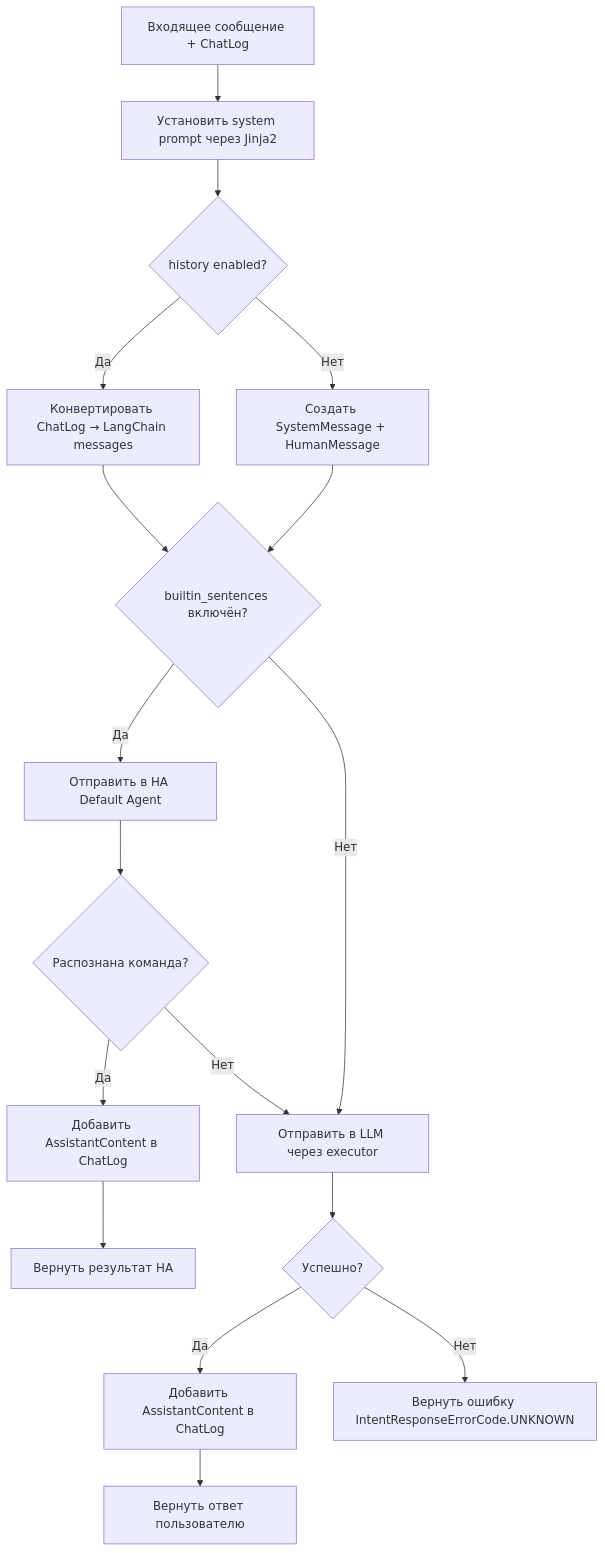
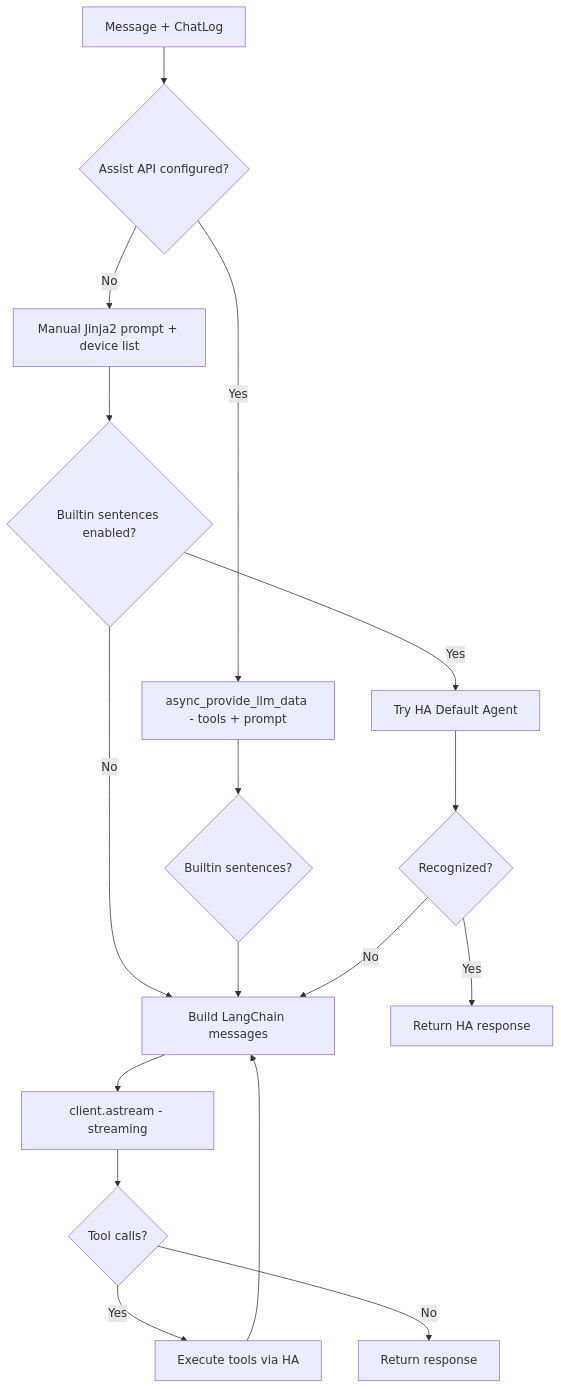
One commit to dzerik/ha-smartchain changed the third of 3 diagrams in docs/DOCUMENTATION.md. Above: the diagram before and after it, drawn with Mermaid. The commit also changed other lines of this file and 2 other files, not shown here.

First line of the commit message:
docs: update all documentation for SmartChain rename

````diff
--- a/docs/DOCUMENTATION.md
+++ b/docs/DOCUMENTATION.md
@@ -210,19 +122,19 @@
 ```mermaid
 flowchart TD
-    A[Входящее сообщение + ChatLog] --> B[Установить system prompt через Jinja2]
-    B --> C{history enabled?}
-    C -->|Да| D[Конвертировать ChatLog → LangChain messages]
-    C -->|Нет| E[Создать SystemMessage + HumanMessage]
-    D --> F{builtin_sentences включён?}
-    E --> F
-    F -->|Да| G[Отправить в HA Default Agent]
-    G --> H{Распознана команда?}
-    H -->|Да| I[Добавить AssistantContent в ChatLog]
-    I --> J[Вернуть результат HA]
-    H -->|Нет| K[Отправить в LLM через executor]
-    F -->|Нет| K
-    K --> L{Успешно?}
-    L -->|Да| M[Добавить AssistantContent в ChatLog]
-    M --> N[Вернуть ответ пользователю]
-    L -->|Нет| O[Вернуть ошибку IntentResponseErrorCode.UNKNOWN]
+    A[Message + ChatLog] --> B{Assist API configured?}
+    B -->|Yes| C[async_provide_llm_data - tools + prompt]
+    B -->|No| D[Manual Jinja2 prompt + device list]
+    C --> E{Builtin sentences?}
+    D --> F{Builtin sentences enabled?}
+    F -->|Yes| G[Try HA Default Agent]
+    F -->|No| H[Build LangChain messages]
+    E --> H
+    G --> I{Recognized?}
+    I -->|Yes| J[Return HA response]
+    I -->|No| H
+    H --> K[client.astream - streaming]
+    K --> L{Tool calls?}
+    L -->|Yes| M[Execute tools via HA]
+    M --> H
+    L -->|No| N[Return response]
 ```
````
